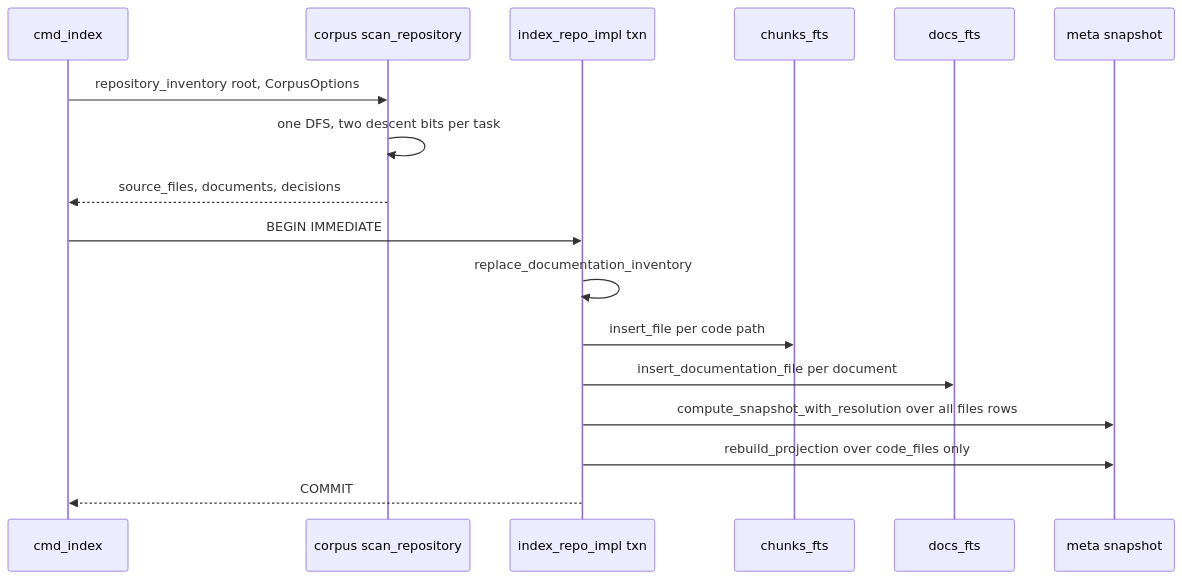
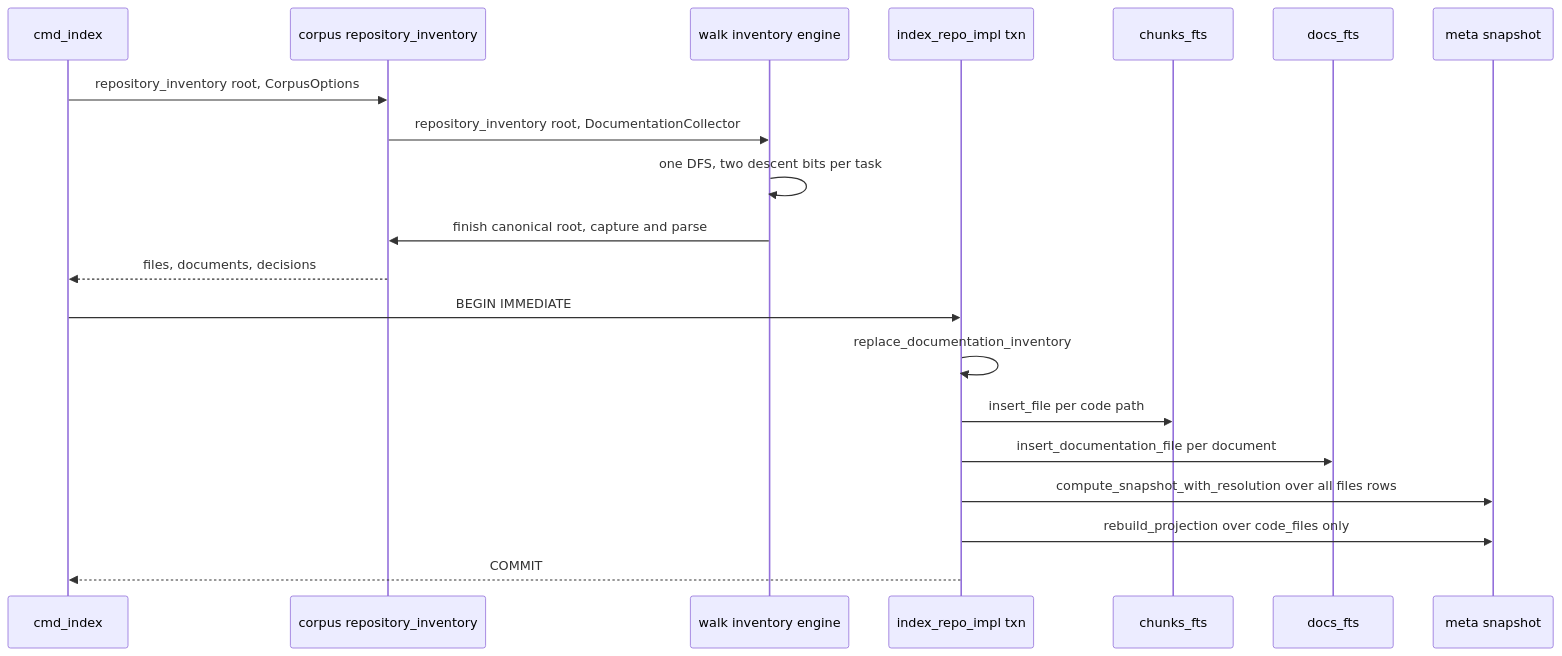
Before and after one commit to iantocristian/jscout: the first of 3 diagrams in docs/codebase-analysis/19-end-to-end-traces.md, drawn with Mermaid. The commit also changed other lines of this file and 11 other files, not shown here.

````diff
--- a/docs/codebase-analysis/19-end-to-end-traces.md
+++ b/docs/codebase-analysis/19-end-to-end-traces.md
@@ -56,19 +56,22 @@
 ```mermaid
 sequenceDiagram
     participant CLI as cmd_index
-    participant Scan as corpus scan_repository
+    participant Corpus as corpus repository_inventory
+    participant Walk as walk inventory engine
     participant Tx as index_repo_impl txn
     participant CodeFts as chunks_fts
     participant DocsFts as docs_fts
     participant Snapshot as meta snapshot
-    CLI->>Scan: repository_inventory root, CorpusOptions
-    Scan->>Scan: one DFS, two descent bits per task
-    Scan-->>CLI: source_files, documents, decisions
+    CLI->>Corpus: repository_inventory root, CorpusOptions
+    Corpus->>Walk: repository_inventory root, DocumentationCollector
+    Walk->>Walk: one DFS, two descent bits per task
+    Walk->>Corpus: finish canonical root, capture and parse
+    Corpus-->>CLI: files, documents, decisions
     CLI->>Tx: BEGIN IMMEDIATE
     Tx->>Tx: replace_documentation_inventory
     Tx->>CodeFts: insert_file per code path
     Tx->>DocsFts: insert_documentation_file per document
     Tx->>Snapshot: compute_snapshot_with_resolution over all files rows
     Tx->>Snapshot: rebuild_projection over code_files only
     Tx-->>CLI: COMMIT
 ```
````
